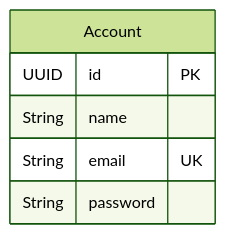
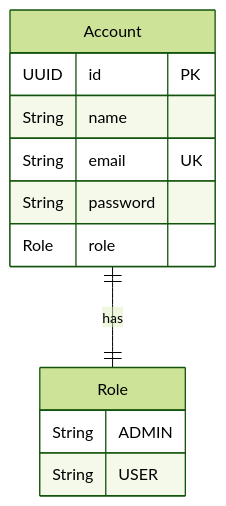
One commit to andersonkaiti/node-auth-api changed the fourth of 4 diagrams in README.md. Above: the diagram before and after it, drawn with Mermaid (forest theme). The commit also changed other lines of this file, not shown here.

````diff
--- a/README.md
+++ b/README.md
@@ -88,9 +109,17 @@
 ```mermaid
 erDiagram
   Account {
     UUID   id       PK
     String name
     String email    UK
     String password
+    Role   role
   }
+
+  Role {
+    String ADMIN
+    String USER
+  }
+
+  Account ||--|| Role : "has"
 ```
````
